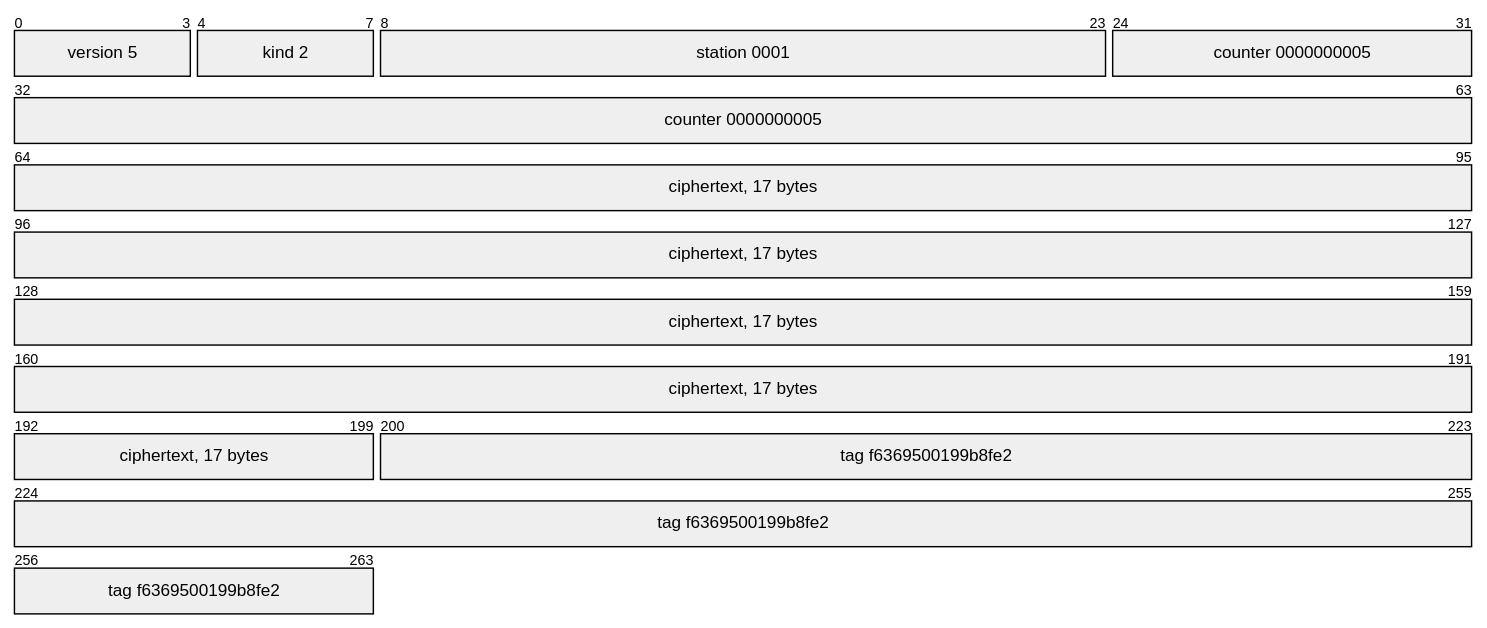
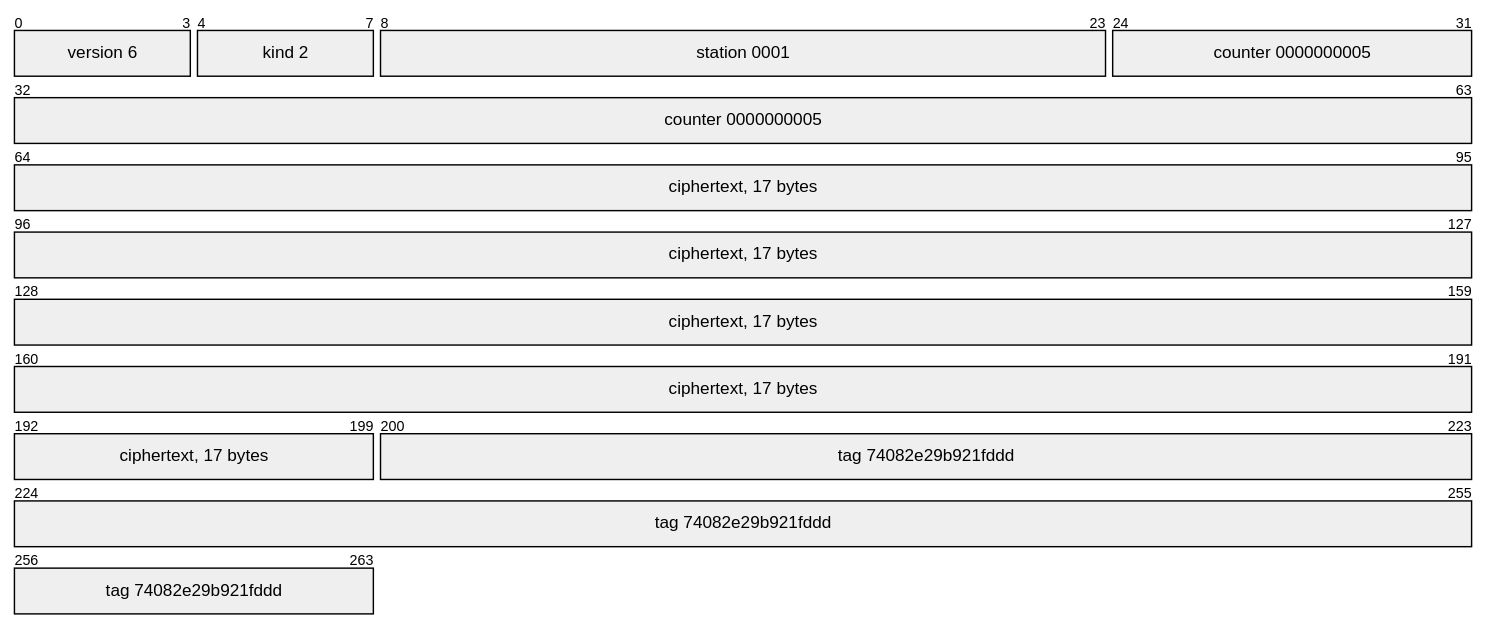
Before and after one commit to clintecker/weather-station-2026: diagram 21 of 22 in docs/protocol-stack.md, drawn with Mermaid. The commit also changed other lines of this file and 303 other files, not shown here.

````diff
--- a/docs/protocol-stack.md
+++ b/docs/protocol-stack.md
@@ -926,9 +1026,9 @@
 ```mermaid
 packet-beta
-  0-3: "version 5"
+  0-3: "version 6"
   4-7: "kind 2"
   8-23: "station 0001"
   24-63: "counter 0000000005"
   64-199: "ciphertext, 17 bytes"
-  200-263: "tag f6369500199b8fe2"
+  200-263: "tag 74082e29b921fddd"
 ```
````
